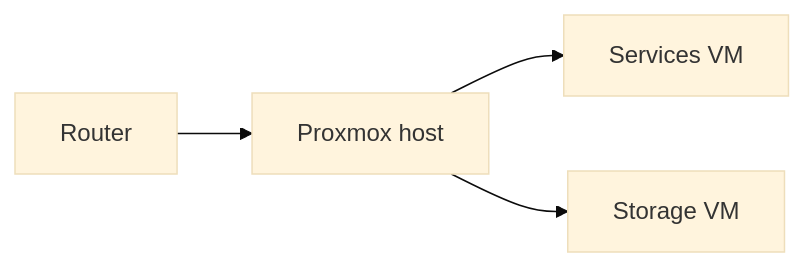
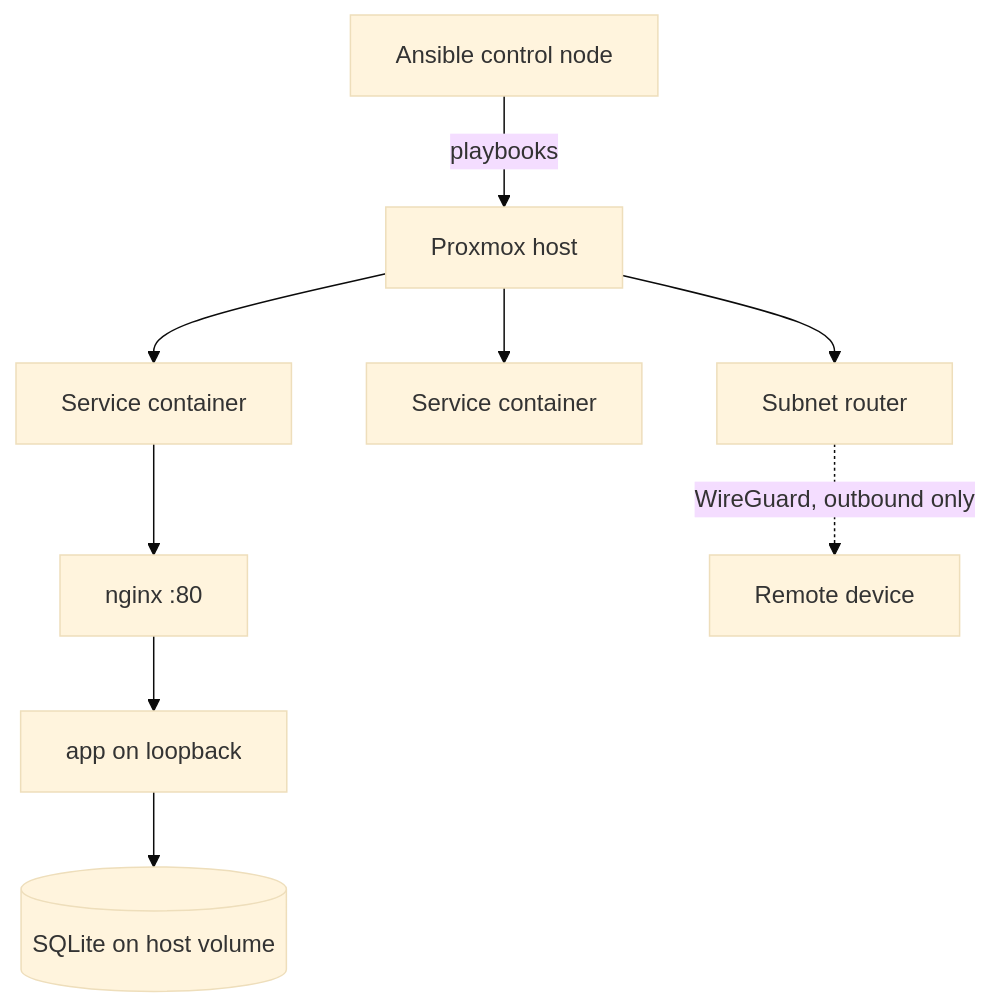
Before and after one commit to Rue-Asha/Rue-Asha.github.io: the diagram in content/projects/homelab/_index.md, drawn with Mermaid (base theme). The commit also changed other lines of this file and 3 other files, not shown here.

````diff
--- a/content/projects/homelab/_index.md
+++ b/content/projects/homelab/_index.md
@@ -28,6 +95,11 @@
 ```mermaid
-graph LR
-  A[Router] --> B[Proxmox host]
-  B --> C[Services VM]
-  B --> D[Storage VM]
+graph TD
+  A[Ansible control node] -->|playbooks| B[Proxmox host]
+  B --> C[Service container]
+  B --> D[Service container]
+  B --> E[Subnet router]
+  C --> F[nginx :80]
+  F --> G[app on loopback]
+  G --> H[(SQLite on host volume)]
+  E -.->|WireGuard, outbound only| I[Remote device]
 ```
````
